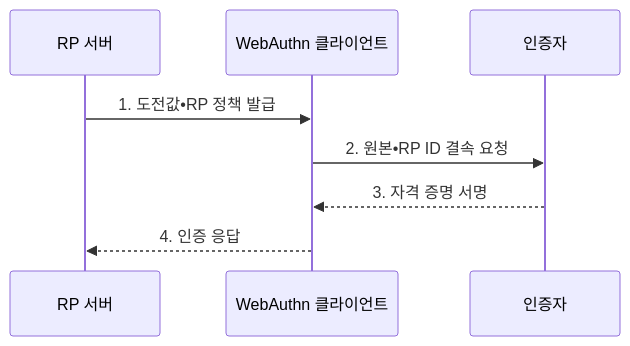
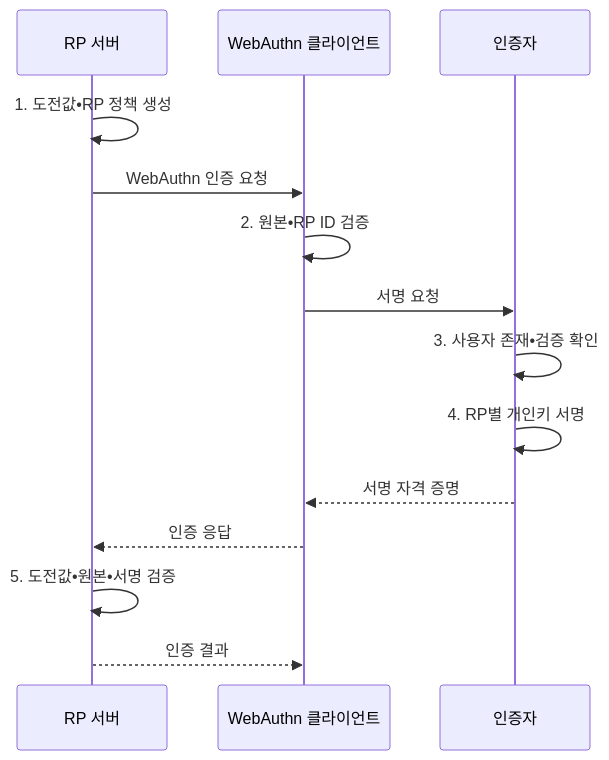
One commit to agnusdei1207/knowledge-base changed the second of 2 diagrams in src/content/docs/notes/05-security/055_fido2_webauthn.md. Above: the diagram before and after it, drawn with Mermaid. The commit also changed other lines of this file and 19 other files, not shown here.

````diff
--- a/src/content/docs/notes/05-security/055_fido2_webauthn.md
+++ b/src/content/docs/notes/05-security/055_fido2_webauthn.md
@@ -103,10 +103,16 @@
 ```mermaid
 sequenceDiagram
     participant R as RP 서버
     participant B as WebAuthn 클라이언트
     participant A as 인증자
-    R->>B: 1. 도전값•RP 정책 발급
-    B->>A: 2. 원본•RP ID 결속 요청
-    A-->>B: 3. 자격 증명 서명
-    B-->>R: 4. 인증 응답
+    R->>R: 1. 도전값•RP 정책 생성
+    R->>B: WebAuthn 인증 요청
+    B->>B: 2. 원본•RP ID 검증
+    B->>A: 서명 요청
+    A->>A: 3. 사용자 존재•검증 확인
+    A->>A: 4. RP별 개인키 서명
+    A-->>B: 서명 자격 증명
+    B-->>R: 인증 응답
+    R->>R: 5. 도전값•원본•서명 검증
+    R-->>B: 인증 결과
 ```
````
